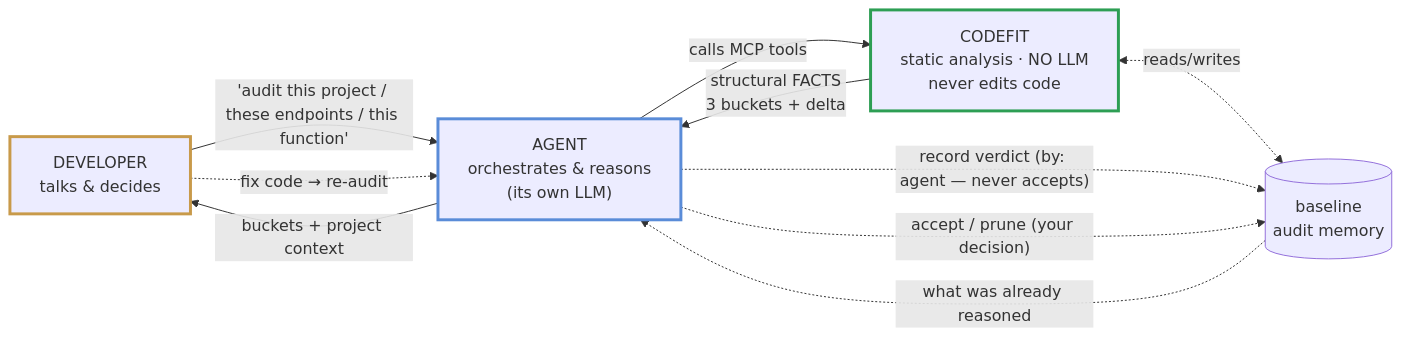
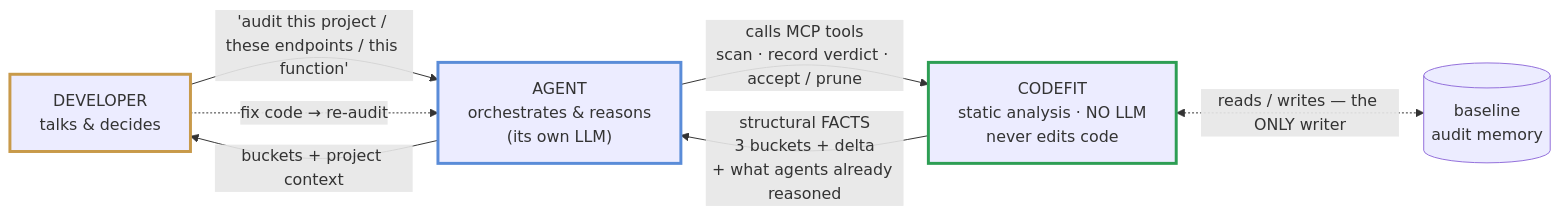
The first of 2 diagrams in README.md (codefit-cli/codefit), drawn with Mermaid before and after one commit. The commit also changed other lines of this file and 1 other file, not shown here.

First line of the commit message:
docs(readme): the diagrams drew a loop that no longer exists, and a path that never did (#171)

````diff
--- a/README.md
+++ b/README.md
@@ -44,21 +44,18 @@
 ```mermaid
 flowchart LR
   DEV["DEVELOPER<br/>talks &amp; decides"]
   AGENT["AGENT<br/>orchestrates &amp; reasons<br/>(its own LLM)"]
   CF["CODEFIT<br/>static analysis · NO LLM<br/>never edits code"]
   BL[("baseline<br/>audit memory")]
 
   DEV -->|"'audit this project / these endpoints / this function'"| AGENT
-  AGENT -->|calls MCP tools| CF
-  CF -->|"structural FACTS<br/>3 buckets + delta"| AGENT
+  AGENT -->|"calls MCP tools<br/>scan · record verdict · accept / prune"| CF
+  CF -->|"structural FACTS<br/>3 buckets + delta<br/>+ what agents already reasoned"| AGENT
   AGENT -->|"buckets + project context"| DEV
-  CF <-.->|reads/writes| BL
+  CF <-.->|"reads / writes — the ONLY writer"| BL
   DEV -.->|"fix code → re-audit"| AGENT
-  AGENT -.->|"record verdict (by: agent — never accepts)"| BL
-  AGENT -.->|"accept / prune (your decision)"| BL
-  BL -.->|"what was already reasoned"| AGENT
 
   style DEV stroke:#c89a4a,stroke-width:3px
   style AGENT stroke:#5a8cd8,stroke-width:3px
   style CF stroke:#2d9e54,stroke-width:3px
 ```
````
